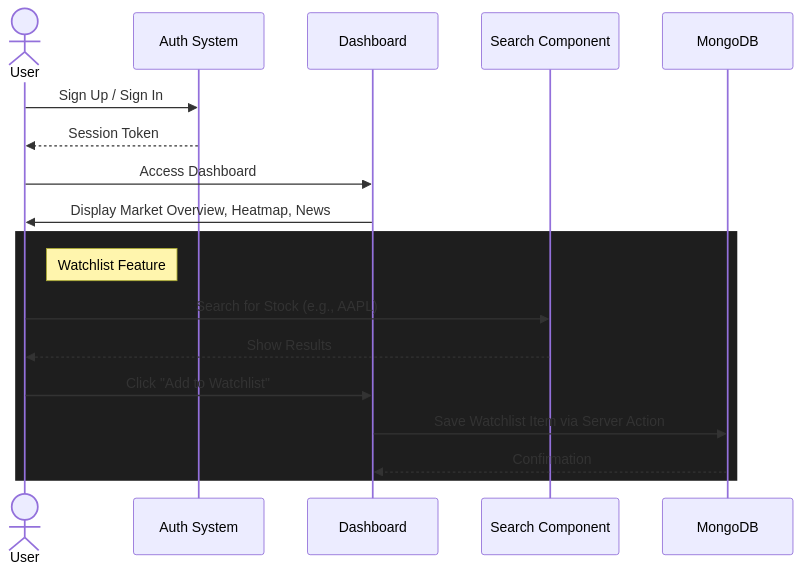
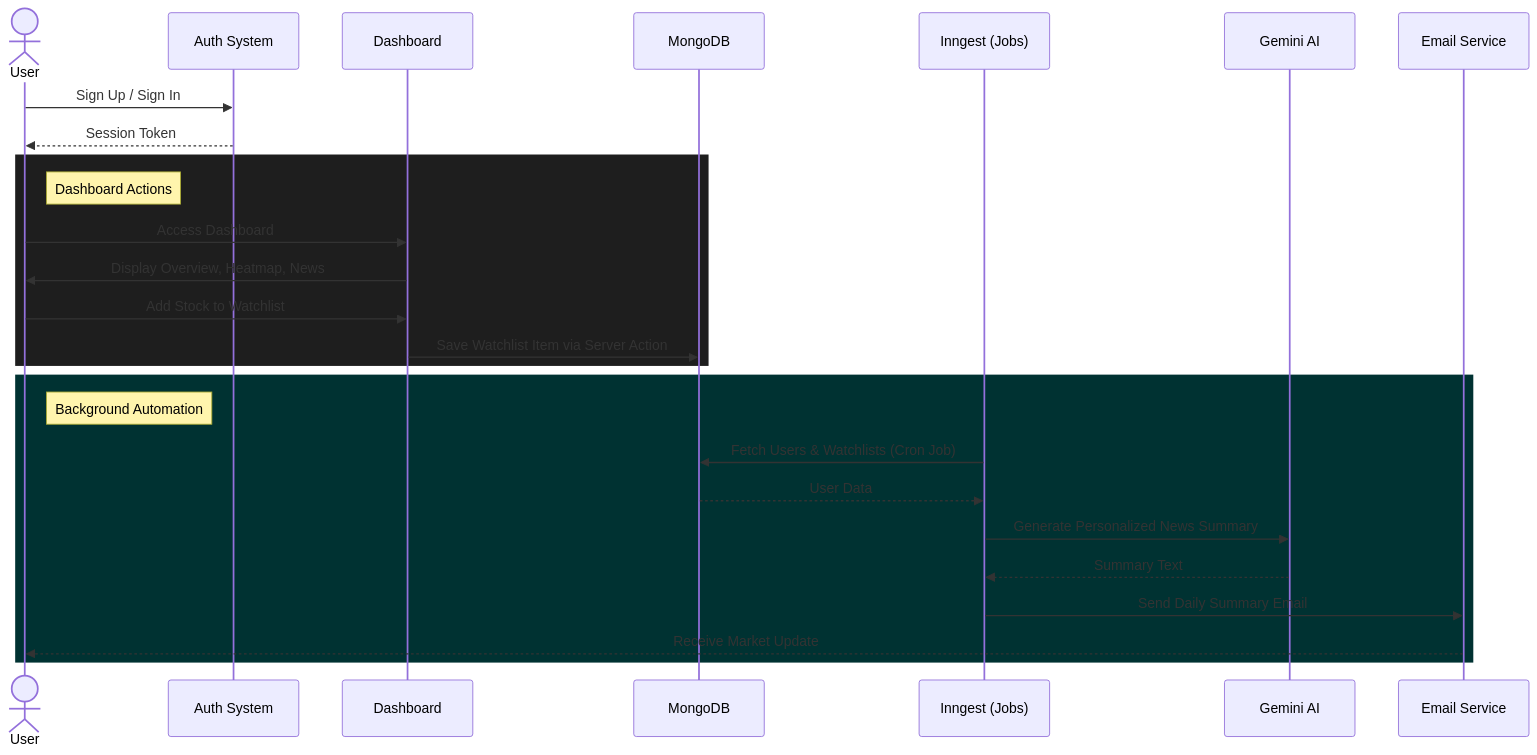
One commit to virat07/signalist_stock_market changed the diagram in README.md. Above: the diagram before and after it, drawn with Mermaid. The commit also changed other lines of this file, not shown here.

````diff
--- a/README.md
+++ b/README.md
@@ -30,22 +49,31 @@
 ```mermaid
 sequenceDiagram
     actor User
     participant Auth as Auth System
     participant Dash as Dashboard
-    participant Search as Search Component
     participant DB as MongoDB
+    participant Inngest as Inngest (Jobs)
+    participant AI as Gemini AI
+    participant Email as Email Service
 
     User->>Auth: Sign Up / Sign In
     Auth-->>User: Session Token
-    User->>Dash: Access Dashboard
-    Dash->>User: Display Market Overview, Heatmap, News
     
     rect rgb(30, 30, 30)
-        note right of User: Watchlist Feature
-        User->>Search: Search for Stock (e.g., AAPL)
-        Search-->>User: Show Results
-        User->>Dash: Click "Add to Watchlist"
+        note right of User: Dashboard Actions
+        User->>Dash: Access Dashboard
+        Dash->>User: Display Overview, Heatmap, News
+        User->>Dash: Add Stock to Watchlist
         Dash->>DB: Save Watchlist Item via Server Action
-        DB-->>Dash: Confirmation
+    end
+
+    rect rgb(0, 50, 50)
+        note right of User: Background Automation
+        Inngest->>DB: Fetch Users & Watchlists (Cron Job)
+        DB-->>Inngest: User Data
+        Inngest->>AI: Generate Personalized News Summary
+        AI-->>Inngest: Summary Text
+        Inngest->>Email: Send Daily Summary Email
+        Email-->>User: Receive Market Update
     end
 ```
````
